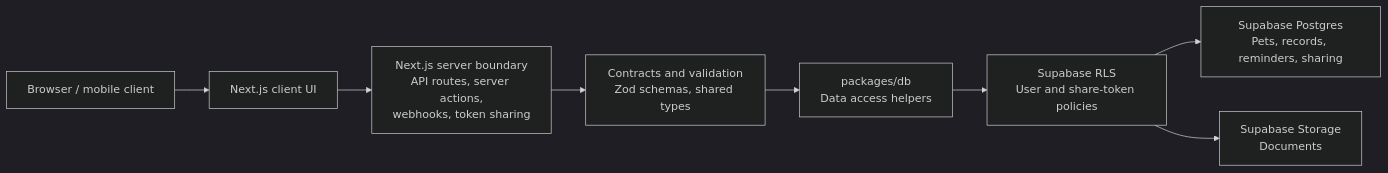
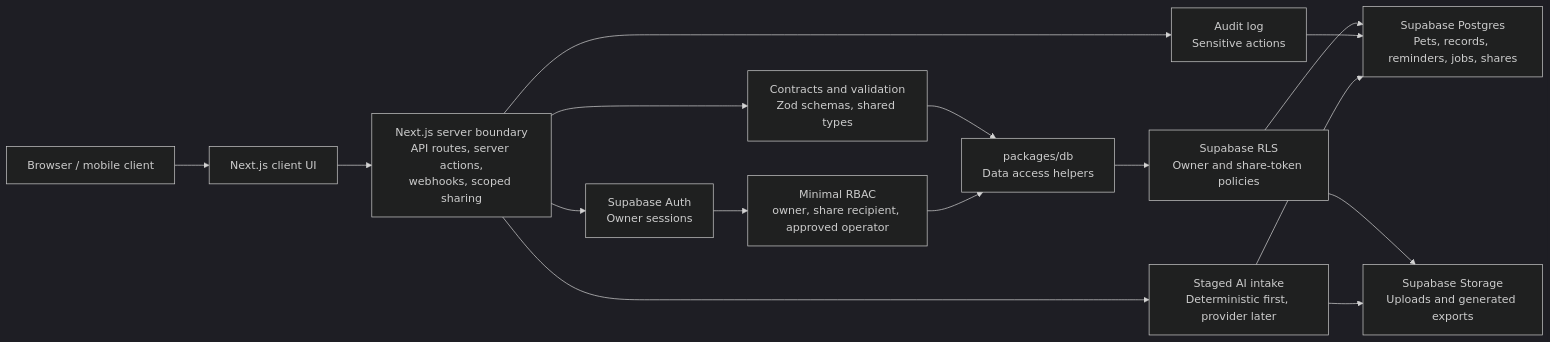
Before and after one commit to maciejgos/caniello: the fifth of 5 diagrams in spec/architecture/mvp-target-architecture.md, drawn with Mermaid (dark theme). The commit also changed other lines of this file and 14 other files, not shown here.

First line of the commit message:
Add draft architecture decision records for AI document intake, sharing tokens, email marketing, observability, and payment deferral

````diff
--- a/spec/architecture/mvp-target-architecture.md
+++ b/spec/architecture/mvp-target-architecture.md
@@ -194,19 +206,31 @@
 ```mermaid
 flowchart LR
   browser["Browser / mobile client"]
   nextClient["Next.js client UI"]
-  nextServer["Next.js server boundary\nAPI routes, server actions,\nwebhooks, token sharing"]
-  validation["Contracts and validation\nZod schemas, shared types"]
-  dbAccess["packages/db\nData access helpers"]
-  rls["Supabase RLS\nUser and share-token policies"]
-  storage["Supabase Storage\nDocuments"]
-  postgres["Supabase Postgres\nPets, records, reminders, sharing"]
+  nextServer["Next.js server boundary<br/>API routes, server actions,<br/>webhooks, scoped sharing"]
+  validation["Contracts and validation<br/>Zod schemas, shared types"]
+  auth["Supabase Auth<br/>Owner sessions"]
+  rbac["Minimal RBAC<br/>owner, share recipient, approved operator"]
+  audit["Audit log<br/>Sensitive actions"]
+  dbAccess["packages/db<br/>Data access helpers"]
+  rls["Supabase RLS<br/>Owner and share-token policies"]
+  storage["Supabase Storage<br/>Uploads and generated exports"]
+  postgres["Supabase Postgres<br/>Pets, records, reminders, jobs, shares"]
+  ai["Staged AI intake<br/>Deterministic first, provider later"]
 
   browser --> nextClient
   nextClient --> nextServer
   nextServer --> validation
+  nextServer --> auth
+  auth --> rbac
   validation --> dbAccess
+  rbac --> dbAccess
   dbAccess --> rls
   rls --> postgres
   rls --> storage
+  nextServer --> audit
+  audit --> postgres
+  nextServer --> ai
+  ai --> postgres
+  ai --> storage
 ```
````
